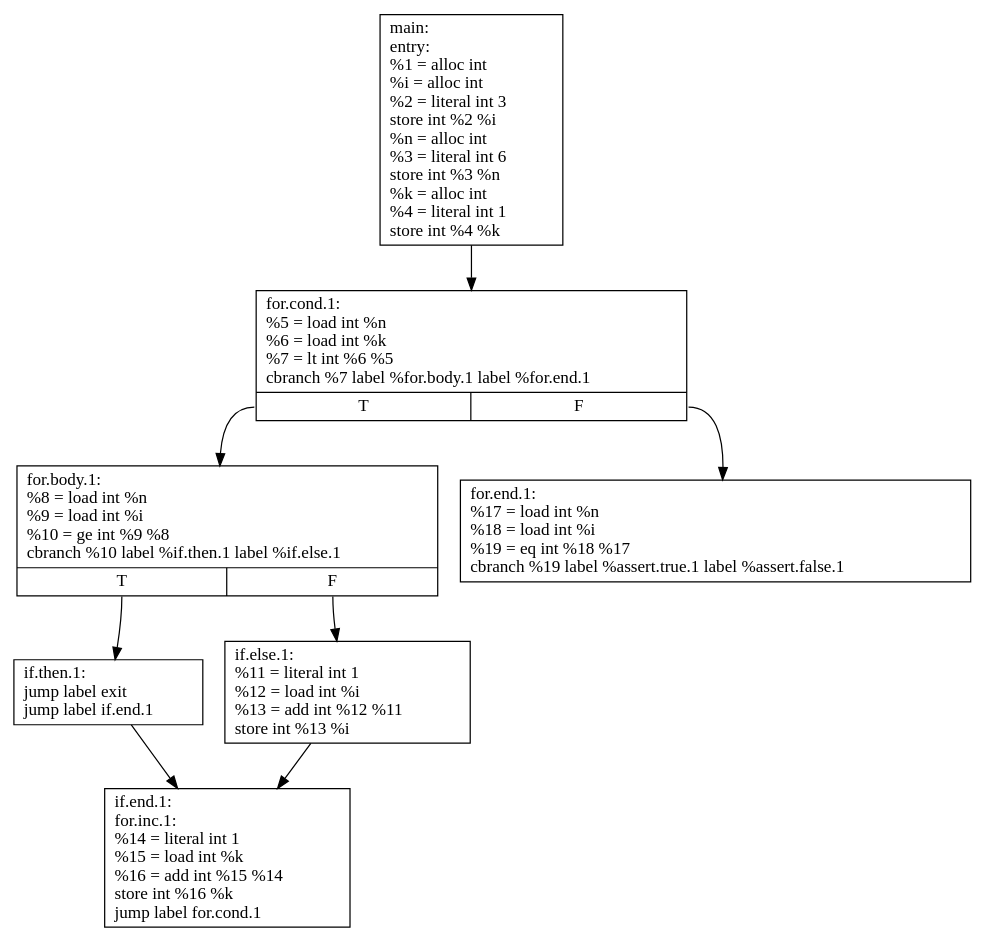
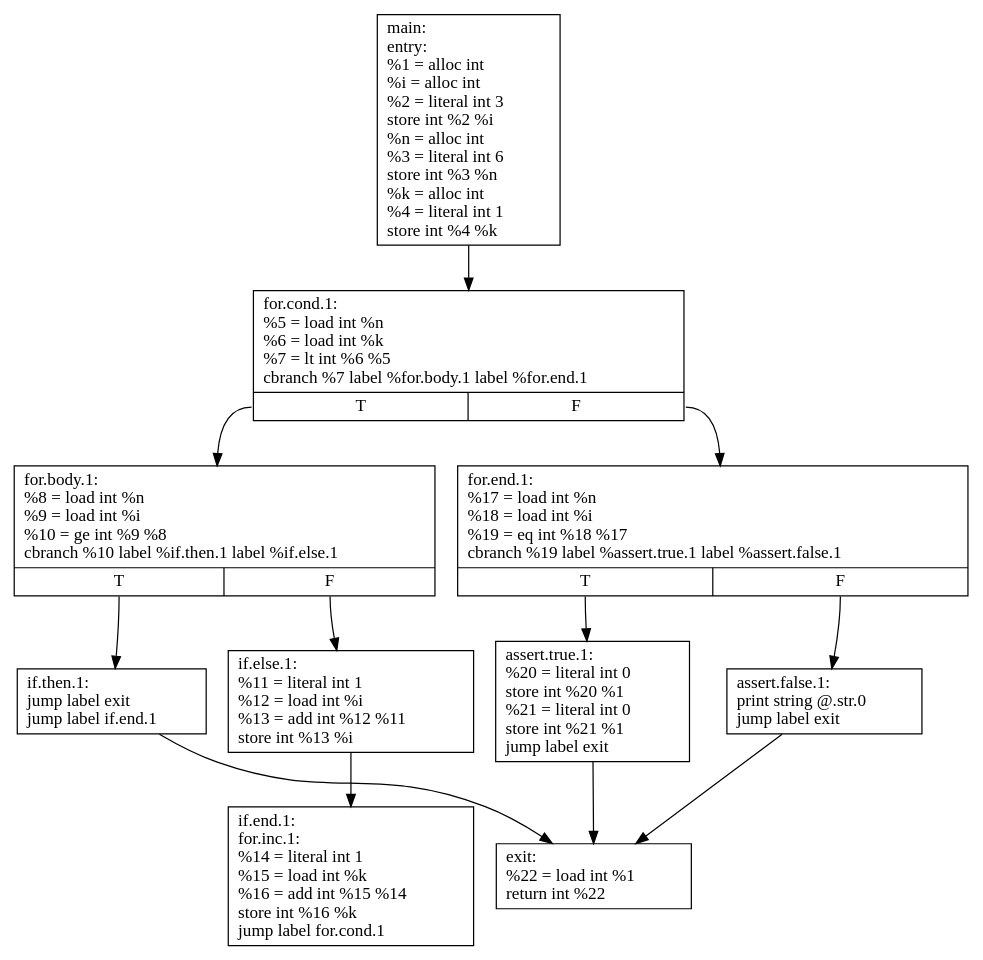
Before and after one commit to I3run0/tiny-c-compiler: the diagram in main.gv, drawn with Graphviz. The commit also changed 3 other files, not shown here.

```diff
--- a/main.gv
+++ b/main.gv
@@ -1,17 +1,24 @@
 digraph g {
 	node [shape=record]
 	main [label="{main:\l	entry:\l	  %1 = alloc int \l	  %i = alloc int \l	  %2 = literal int 3 \l	  store int %2 %i \l	  %n = alloc int \l	  %3 = literal int 6 \l	  store int %3 %n \l	  %k = alloc int \l	  %4 = literal int 1 \l	  store int %4 %k \l	}"]
 	main -> "for.cond.1"
 	"for.cond.1" [label="{for.cond.1:\l	  %5 = load int %n \l	  %6 = load int %k \l	  %7 = lt int %6 %5 \l	  cbranch %7 label %for.body.1 label %for.end.1\l	|{<f0>T|<f1>F}}"]
 	"for.cond.1":f0 -> "for.body.1"
 	"for.cond.1":f1 -> "for.end.1"
 	"for.body.1" [label="{for.body.1:\l	  %8 = load int %n \l	  %9 = load int %i \l	  %10 = ge int %9 %8 \l	  cbranch %10 label %if.then.1 label %if.else.1\l	|{<f0>T|<f1>F}}"]
 	"for.body.1":f0 -> "if.then.1"
 	"for.body.1":f1 -> "if.else.1"
 	"if.then.1" [label="{if.then.1:\l	  jump label exit\l	  jump label if.end.1\l	}"]
-	"if.then.1" -> "if.end.1"
+	"if.then.1" -> exit
 	"if.else.1" [label="{if.else.1:\l	  %11 = literal int 1 \l	  %12 = load int %i \l	  %13 = add int %12 %11 \l	  store int %13 %i \l	}"]
 	"if.else.1" -> "if.end.1"
 	"if.end.1" [label="{if.end.1:\l	for.inc.1:\l	  %14 = literal int 1 \l	  %15 = load int %k \l	  %16 = add int %15 %14 \l	  store int %16 %k \l	  jump label for.cond.1\l	}"]
-	"for.end.1" [label="{for.end.1:\l	  %17 = load int %n \l	  %18 = load int %i \l	  %19 = eq int %18 %17 \l	  cbranch %19 label %assert.true.1 label %assert.false.1\l	}"]
+	"for.end.1" [label="{for.end.1:\l	  %17 = load int %n \l	  %18 = load int %i \l	  %19 = eq int %18 %17 \l	  cbranch %19 label %assert.true.1 label %assert.false.1\l	|{<f0>T|<f1>F}}"]
+	"for.end.1":f0 -> "assert.true.1"
+	"for.end.1":f1 -> "assert.false.1"
+	"assert.false.1" [label="{assert.false.1:\l	  print string @.str.0\l	  jump label exit\l	}"]
+	"assert.false.1" -> exit
+	"assert.true.1" [label="{assert.true.1:\l	  %20 = literal int 0 \l	  store int %20 %1 \l	  %21 = literal int 0 \l	  store int %21 %1 \l	  jump label exit\l	}"]
+	"assert.true.1" -> exit
+	exit [label="{exit:\l	  %22 = load int %1 \l	  return int %22\l	}"]
 }
```
